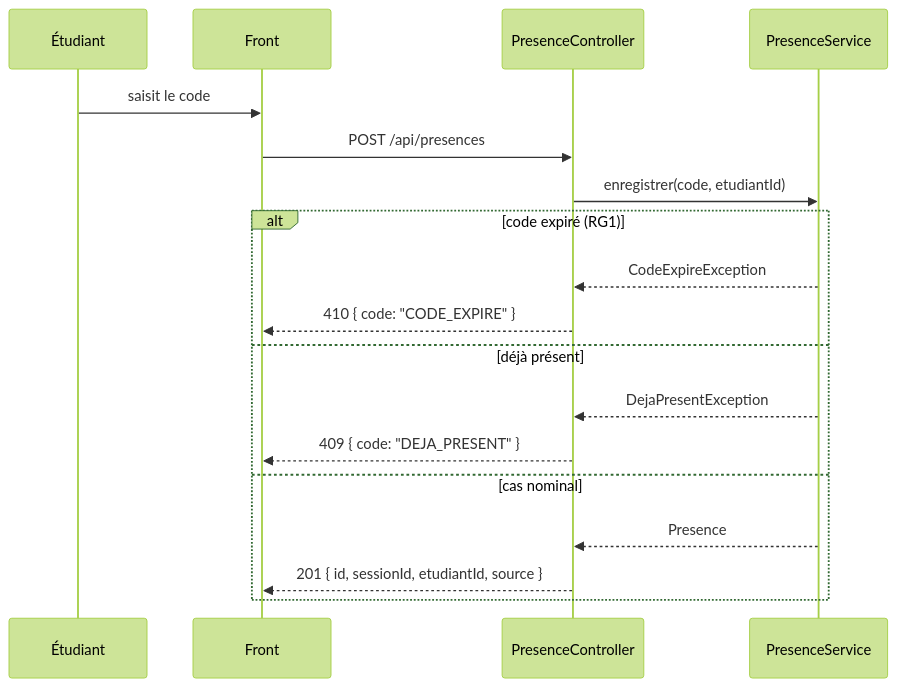
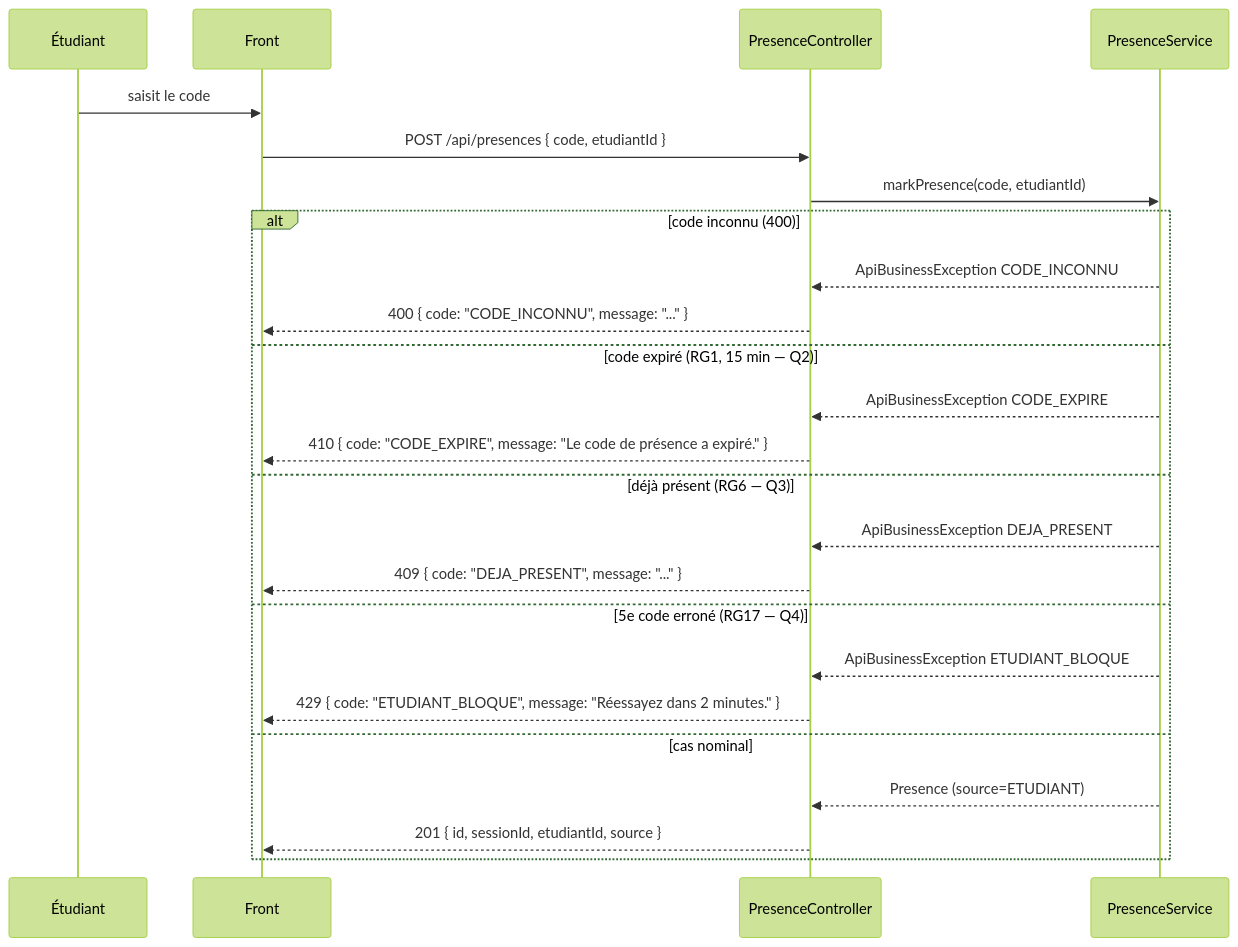
One commit to kossi-cyberr/kfokam48-epreuve--200- changed the first of 2 diagrams in docs/diagrammes/D3-seqence-marcher-sa-presence.md. Above: the diagram before and after it, drawn with Mermaid (forest theme). The commit also changed other lines of this file and 3 other files, not shown here.

````diff
--- a/docs/diagrammes/D3-seqence-marcher-sa-presence.md
+++ b/docs/diagrammes/D3-seqence-marcher-sa-presence.md
@@ -3,20 +3,26 @@
 ```mermaid
 sequenceDiagram
     participant E as Étudiant
     participant F as Front
     participant API as PresenceController
     participant S as PresenceService
     E->>F: saisit le code
-    F->>API: POST /api/presences
-    API->>S: enregistrer(code, etudiantId)
-    alt code expiré (RG1)
-        S-->>API: CodeExpireException
-        API-->>F: 410 { code: "CODE_EXPIRE" }
-    else déjà présent
-        S-->>API: DejaPresentException
-        API-->>F: 409 { code: "DEJA_PRESENT" }
+    F->>API: POST /api/presences { code, etudiantId }
+    API->>S: markPresence(code, etudiantId)
+    alt code inconnu (400)
+        S-->>API: ApiBusinessException CODE_INCONNU
+        API-->>F: 400 { code: "CODE_INCONNU", message: "..." }
+    else code expiré (RG1, 15 min — Q2)
+        S-->>API: ApiBusinessException CODE_EXPIRE
+        API-->>F: 410 { code: "CODE_EXPIRE", message: "Le code de présence a expiré." }
+    else déjà présent (RG6 — Q3)
+        S-->>API: ApiBusinessException DEJA_PRESENT
+        API-->>F: 409 { code: "DEJA_PRESENT", message: "..." }
+    else 5e code erroné (RG17 — Q4)
+        S-->>API: ApiBusinessException ETUDIANT_BLOQUE
+        API-->>F: 429 { code: "ETUDIANT_BLOQUE", message: "Réessayez dans 2 minutes." }
     else cas nominal
-        S-->>API: Presence
+        S-->>API: Presence (source=ETUDIANT)
         API-->>F: 201 { id, sessionId, etudiantId, source }
     end
 ```
````
